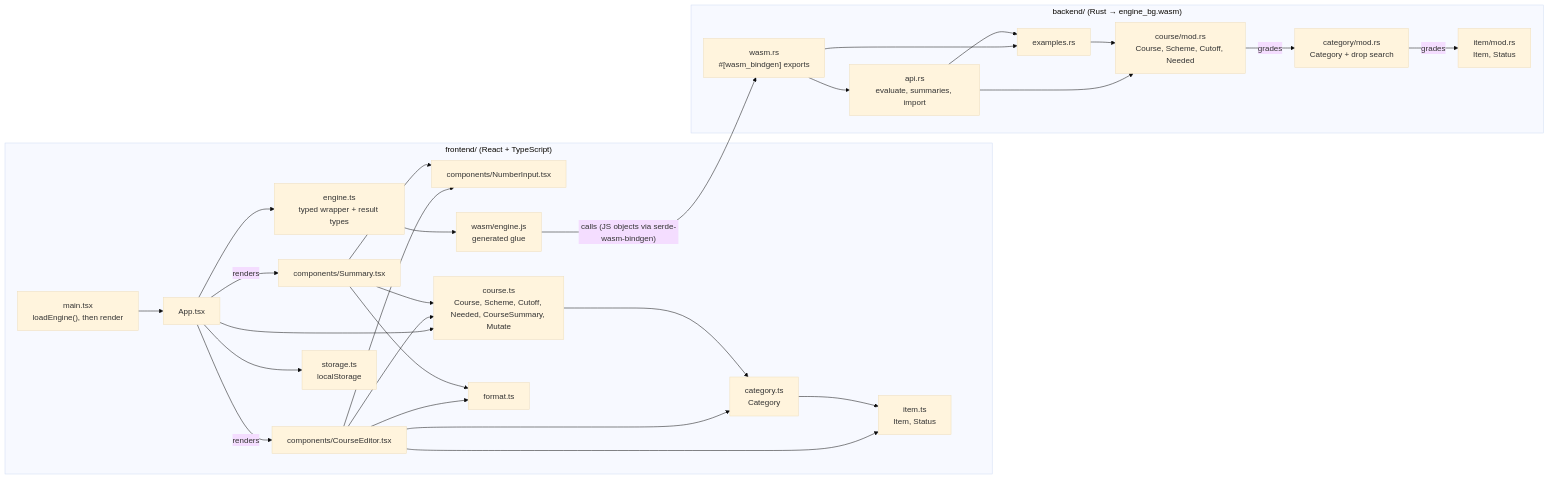
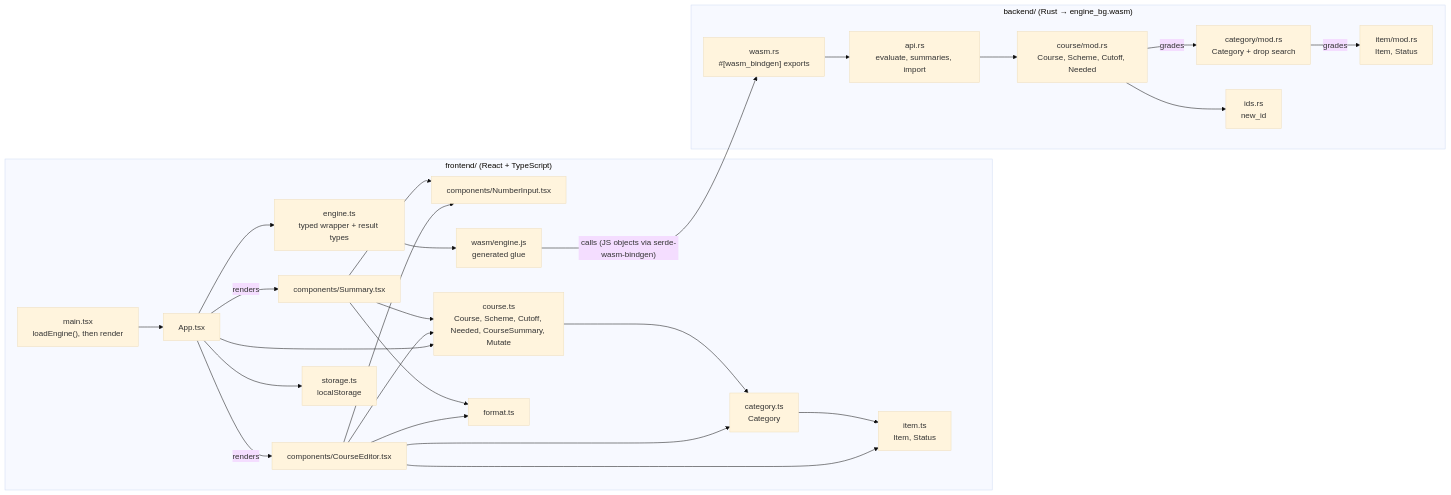
The first of 9 diagrams in docs/uml.md (Patman1O1/grade-calculator), drawn with Mermaid (base theme) before and after one commit. The commit also changed other lines of this file and 12 other files, not shown here.

````diff
--- a/docs/uml.md
+++ b/docs/uml.md
@@ -20,49 +20,47 @@
 ```mermaid
 flowchart LR
   subgraph frontend["frontend/ (React + TypeScript)"]
     main["main.tsx<br/>loadEngine(), then render"]
     App["App.tsx"]
     CourseEditor["components/CourseEditor.tsx"]
     Summary["components/Summary.tsx"]
     NumberInput["components/NumberInput.tsx"]
     coursets["course.ts<br/>Course, Scheme, Cutoff, Needed, CourseSummary, Mutate"]
     categoryts["category.ts<br/>Category"]
     itemts["item.ts<br/>Item, Status"]
     enginets["engine.ts<br/>typed wrapper + result types"]
     glue["wasm/engine.js<br/>generated glue"]
     storage["storage.ts<br/>localStorage"]
     format["format.ts"]
   end
   subgraph engine["backend/ (Rust → engine_bg.wasm)"]
     wasm["wasm.rs<br/>#[wasm_bindgen] exports"]
     api["api.rs<br/>evaluate, summaries, import"]
     item["item/mod.rs<br/>Item, Status"]
     category["category/mod.rs<br/>Category + drop search"]
     course["course/mod.rs<br/>Course, Scheme, Cutoff, Needed"]
-    examples["examples.rs"]
+    ids["ids.rs<br/>new_id"]
   end
 
   main --> App
   App --> enginets --> glue
   App --> storage
   App -->|renders| CourseEditor
   App -->|renders| Summary
   CourseEditor --> NumberInput
   Summary --> NumberInput
   CourseEditor --> format
   Summary --> format
   App --> coursets
   CourseEditor --> coursets
   CourseEditor --> categoryts
   CourseEditor --> itemts
   Summary --> coursets
   coursets --> categoryts --> itemts
   glue -->|"calls (JS objects via serde-wasm-bindgen)"| wasm
   wasm --> api
-  wasm --> examples
   api --> course
-  api --> examples
-  examples --> course
+  course --> ids
   course -->|grades| category
   category -->|grades| item
 ```
````
